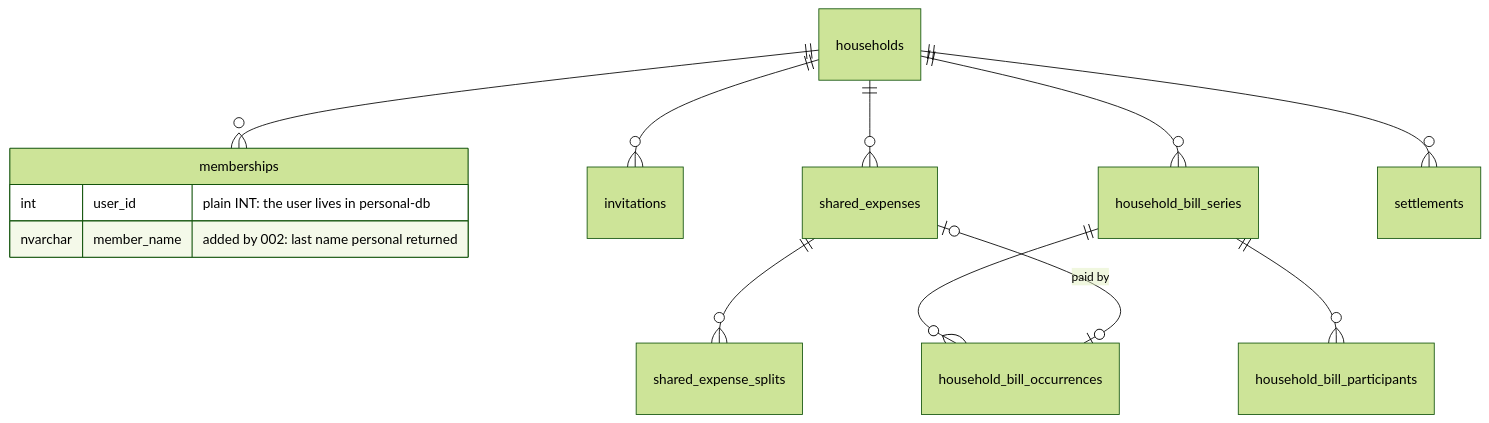
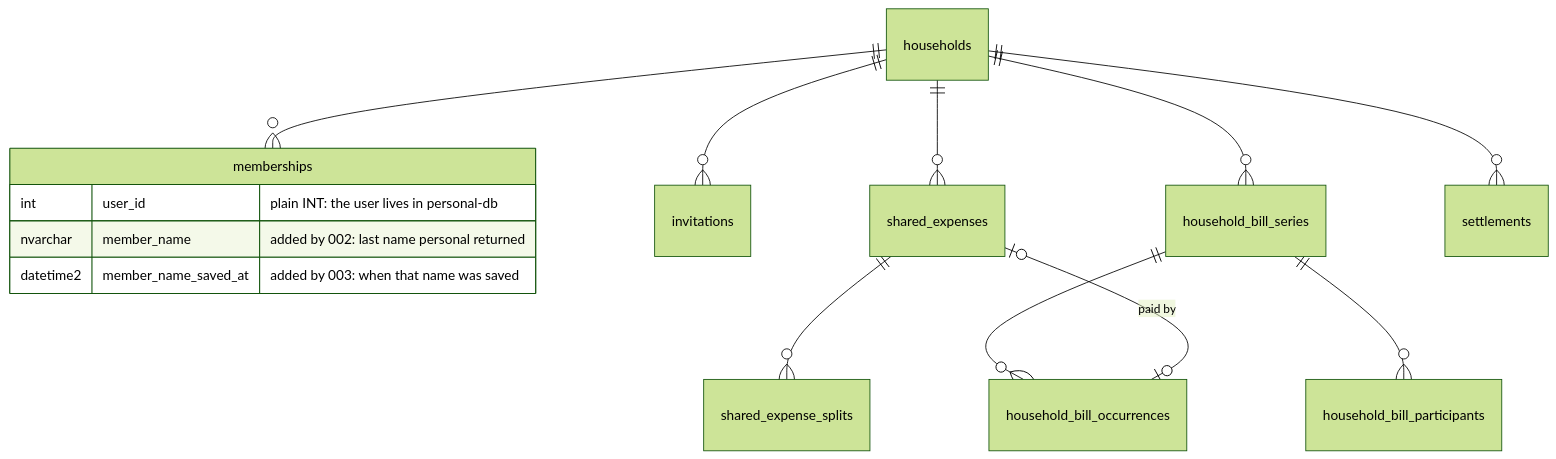
One commit to Sanad-AlBilleh/Float changed the fifth of 5 diagrams in docs/a2/report.md. Above: the diagram before and after it, drawn with Mermaid (forest theme). The commit also changed other lines of this file and 9 other files, not shown here.

````diff
--- a/docs/a2/report.md
+++ b/docs/a2/report.md
@@ -124,16 +124,17 @@
 ```mermaid
 erDiagram
     households ||--o{ memberships : ""
     households ||--o{ invitations : ""
     households ||--o{ shared_expenses : ""
     shared_expenses ||--o{ shared_expense_splits : ""
     households ||--o{ household_bill_series : ""
     household_bill_series ||--o{ household_bill_participants : ""
     household_bill_series ||--o{ household_bill_occurrences : ""
     shared_expenses |o--o| household_bill_occurrences : "paid by"
     households ||--o{ settlements : ""
     memberships {
         int user_id "plain INT: the user lives in personal-db"
         nvarchar member_name "added by 002: last name personal returned"
+        datetime2 member_name_saved_at "added by 003: when that name was saved"
     }
 ```
````
